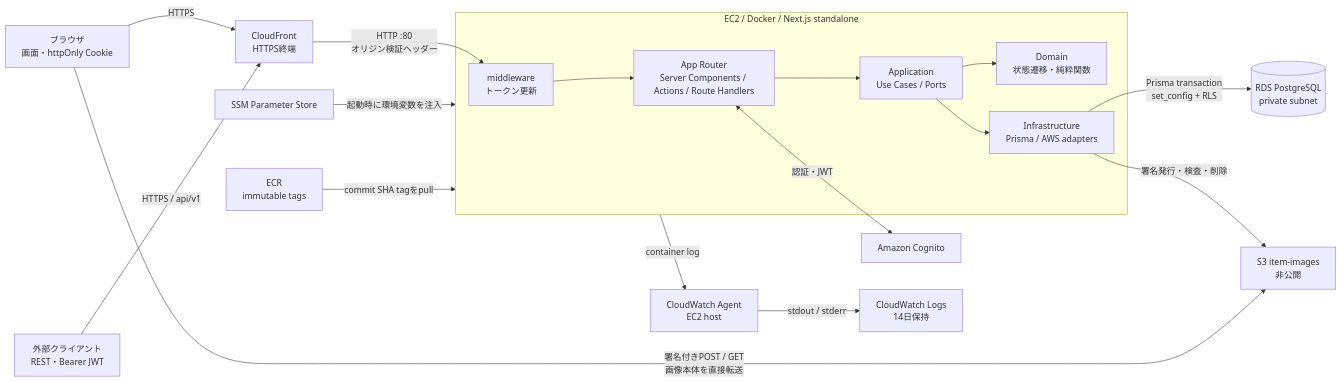
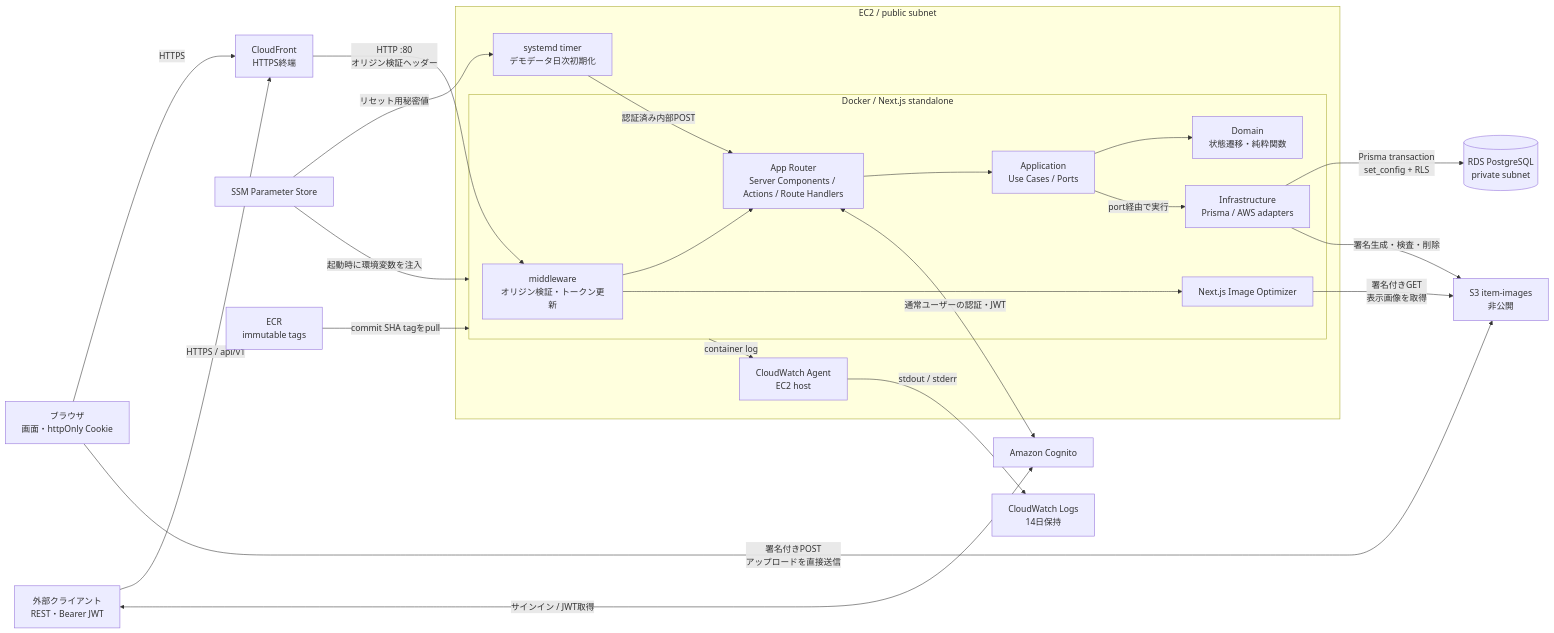
The first of 3 diagrams in README.md (nanashi7c/mono-log_v0), drawn with Mermaid before and after one commit. The commit also changed other lines of this file and 30 other files, not shown here.

````diff
--- a/README.md
+++ b/README.md
@@ -40,29 +55,41 @@
 ```mermaid
 flowchart LR
     Browser["ブラウザ<br/>画面・httpOnly Cookie"]
     ApiClient["外部クライアント<br/>REST・Bearer JWT"]
     CF["CloudFront<br/>HTTPS終端"]
+    Cognito["Amazon Cognito"]
 
-    subgraph Runtime["EC2 / Docker / Next.js standalone"]
-        MW["middleware<br/>トークン更新"]
-        Delivery["App Router<br/>Server Components / Actions / Route Handlers"]
-        UseCase["Application<br/>Use Cases / Ports"]
-        Domain["Domain<br/>状態遷移・純粋関数"]
-        Infra["Infrastructure<br/>Prisma / AWS adapters"]
-        MW --> Delivery --> UseCase
-        UseCase --> Domain
-        UseCase --> Infra
+    subgraph EC2["EC2 / public subnet"]
+        subgraph Runtime["Docker / Next.js standalone"]
+            MW["middleware<br/>オリジン検証・トークン更新"]
+            Delivery["App Router<br/>Server Components / Actions / Route Handlers"]
+            ImageOptimizer["Next.js Image Optimizer"]
+            UseCase["Application<br/>Use Cases / Ports"]
+            Domain["Domain<br/>状態遷移・純粋関数"]
+            Infra["Infrastructure<br/>Prisma / AWS adapters"]
+            MW --> Delivery
+            MW --> ImageOptimizer
+            Delivery --> UseCase
+            UseCase --> Domain
+            UseCase -->|"port経由で実行"| Infra
+        end
+        DemoTimer["systemd timer<br/>デモデータ日次初期化"]
+        CWAgent["CloudWatch Agent<br/>EC2 host"]
+        Runtime -->|"container log"| CWAgent
+        DemoTimer -->|"認証済み内部POST"| Delivery
     end
 
     Browser -->|"HTTPS"| CF
     ApiClient -->|"HTTPS / api/v1"| CF
+    ApiClient <-->|"サインイン / JWT取得"| Cognito
     CF -->|"HTTP :80<br/>オリジン検証ヘッダー"| MW
-    Delivery <-->|"認証・JWT"| Cognito["Amazon Cognito"]
+    Delivery <-->|"通常ユーザーの認証・JWT"| Cognito
     Infra -->|"Prisma transaction<br/>set_config + RLS"| RDS[("RDS PostgreSQL<br/>private subnet")]
-    Infra -->|"署名発行・検査・削除"| S3["S3 item-images<br/>非公開"]
-    Browser -->|"署名付きPOST / GET<br/>画像本体を直接転送"| S3
+    Infra -->|"署名生成・検査・削除"| S3["S3 item-images<br/>非公開"]
+    Browser -->|"署名付きPOST<br/>アップロードを直接送信"| S3
+    ImageOptimizer -->|"署名付きGET<br/>表示画像を取得"| S3
     SSM["SSM Parameter Store"] -->|"起動時に環境変数を注入"| Runtime
+    SSM -->|"リセット用秘密値"| DemoTimer
     ECR["ECR<br/>immutable tags"] -->|"commit SHA tagをpull"| Runtime
-    Runtime -->|"container log"| CWAgent["CloudWatch Agent<br/>EC2 host"]
     CWAgent -->|"stdout / stderr"| CWL["CloudWatch Logs<br/>14日保持"]
 ```
````
